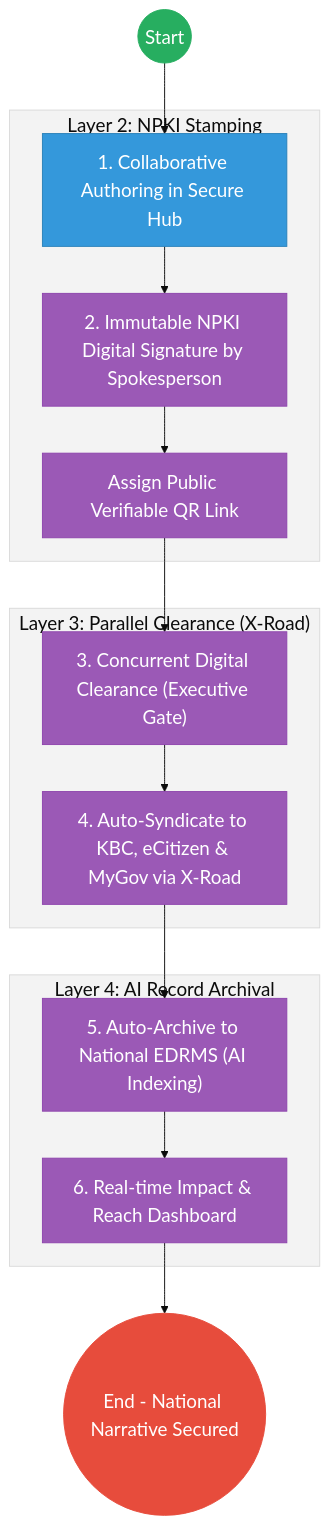
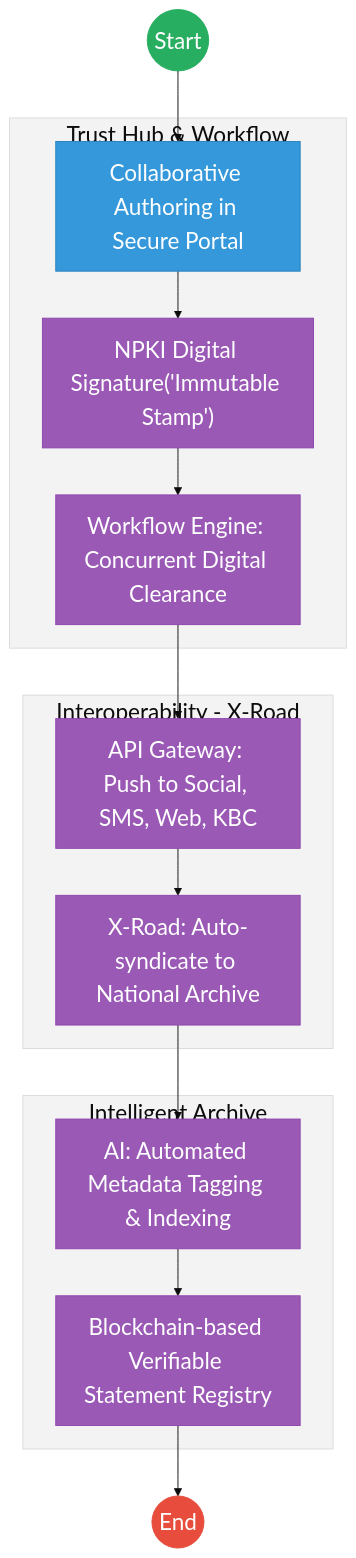
One commit to BITZ-IT-Consulting-LTD/ictapoc changed the second of 2 diagrams in mdas/docs_final/priority_mdas/Government_Spokesperson___Service_Delivery.md. Above: the diagram before and after it, drawn with Mermaid. The commit also changed other lines of this file and 90 other files, not shown here.

````diff
--- a/mdas/docs_final/priority_mdas/Government_Spokesperson___Service_Delivery.md
+++ b/mdas/docs_final/priority_mdas/Government_Spokesperson___Service_Delivery.md
@@ -110,32 +96,31 @@
 ```mermaid
-%%{init: { 'theme': 'base', 'themeVariables': { 'fontSize': '20px', 'fontFamily': 'Inter, system-ui, sans-serif', 'primaryColor': '#ffffff', 'edgeLabelBackground':'#ffffff', 'tertiaryColor': '#f3f3f3', 'mainBkg': '#ffffff', 'nodeBorder': '#333333' } } }%%
-flowchart TD
-    Start((Start)) --> Collaborate["1. Collaborative Authoring in Secure Hub"]
+%%{init: { 'theme': 'base', 'themeVariables': { 'fontSize': '24px', 'fontFamily': 'Inter, system-ui, sans-serif', 'primaryColor': '#ffffff', 'edgeLabelBackground':'#ffffff', 'tertiaryColor': '#f3f3f3', 'mainBkg': '#ffffff', 'nodeBorder': '#333333' } } }%%
+graph TD
+    Start((Start)) --> Author["Collaborative Authoring in Secure Portal"]
     
-    subgraph Trust_Hub["Layer 2: NPKI Stamping"]
-        Collaborate --> Sign["2. Immutable NPKI Digital Signature by Spokesperson"]
-        Sign --> VerificationLink["Assign Public Verifiable QR Link"]
+    subgraph Layer2["Trust Hub & Workflow"]
+        Author --> Sign["NPKI Digital Signature('Immutable Stamp')"]
+        Sign --> Workflow["Workflow Engine: Concurrent Digital Clearance"]
     end
+    
+    subgraph Layer3["Interoperability - X-Road"]
+        Workflow --> MultiChannel["API Gateway: Push to Social, SMS, Web, KBC"]
+        MultiChannel --> XRoad_Archive["X-Road: Auto-syndicate to National Archive"]
+    end
+    
+    subgraph Layer4["Intelligent Archive"]
+        XRoad_Archive --> AI_Meta["AI: Automated Metadata Tagging & Indexing"]
+        AI_Meta --> Registry["Blockchain-based Verifiable Statement Registry"]
+    end
+    
+    Registry --> End((End))
 
-    subgraph Interop_Interop["Layer 3: Parallel Clearance (X-Road)"]
-        VerificationLink --> Clear["3. Concurrent Digital Clearance (Executive Gate)"]
-        Clear --> Multi["4. Auto-Syndicate to KBC, eCitizen & MyGov via X-Road"]
-    end
-
-    subgraph Settlement["Layer 4: AI Record Archival"]
-        Multi --> Archive["5. Auto-Archive to National EDRMS (AI Indexing)"]
-        Archive --> Dashboard["6. Real-time Impact & Reach Dashboard"]
-    end
-
-    Dashboard --> EndProcess(("End - National Narrative Secured"))
-
-    classDef start fill:#27ae60,stroke:#27ae60,color:#fff,font-size:20px;;
-    classDef endNode fill:#e74c3c,stroke:#e74c3c,color:#fff,font-size:20px;;
-    classDef userTask fill:#3498db,stroke:#2980b9,color:#fff,font-size:20px;;
-    classDef serviceTask fill:#9b59b6,stroke:#8e44ad,color:#fff,font-size:20px;;
-    
+    classDef start fill:#27ae60,stroke:#27ae60,color:#fff,font-size:24px,font-size:24px;;
+    classDef endNode fill:#e74c3c,stroke:#e74c3c,color:#fff,font-size:24px,font-size:24px;;
+    classDef userTask fill:#3498db,stroke:#2980b9,color:#fff,font-size:24px,font-size:24px;;
+    classDef serviceTask fill:#9b59b6,stroke:#8e44ad,color:#fff,font-size:24px,font-size:24px;;
     class Start start;
-    class EndProcess endNode;
-    class Collaborate userTask;
-    class Sign,VerificationLink,Clear,Multi,Archive,Dashboard serviceTask;
+    class End endNode;
+    class Author userTask;
+    class Sign,Workflow,MultiChannel,XRoad_Archive,AI_Meta,Registry serviceTask;
 ```
````
